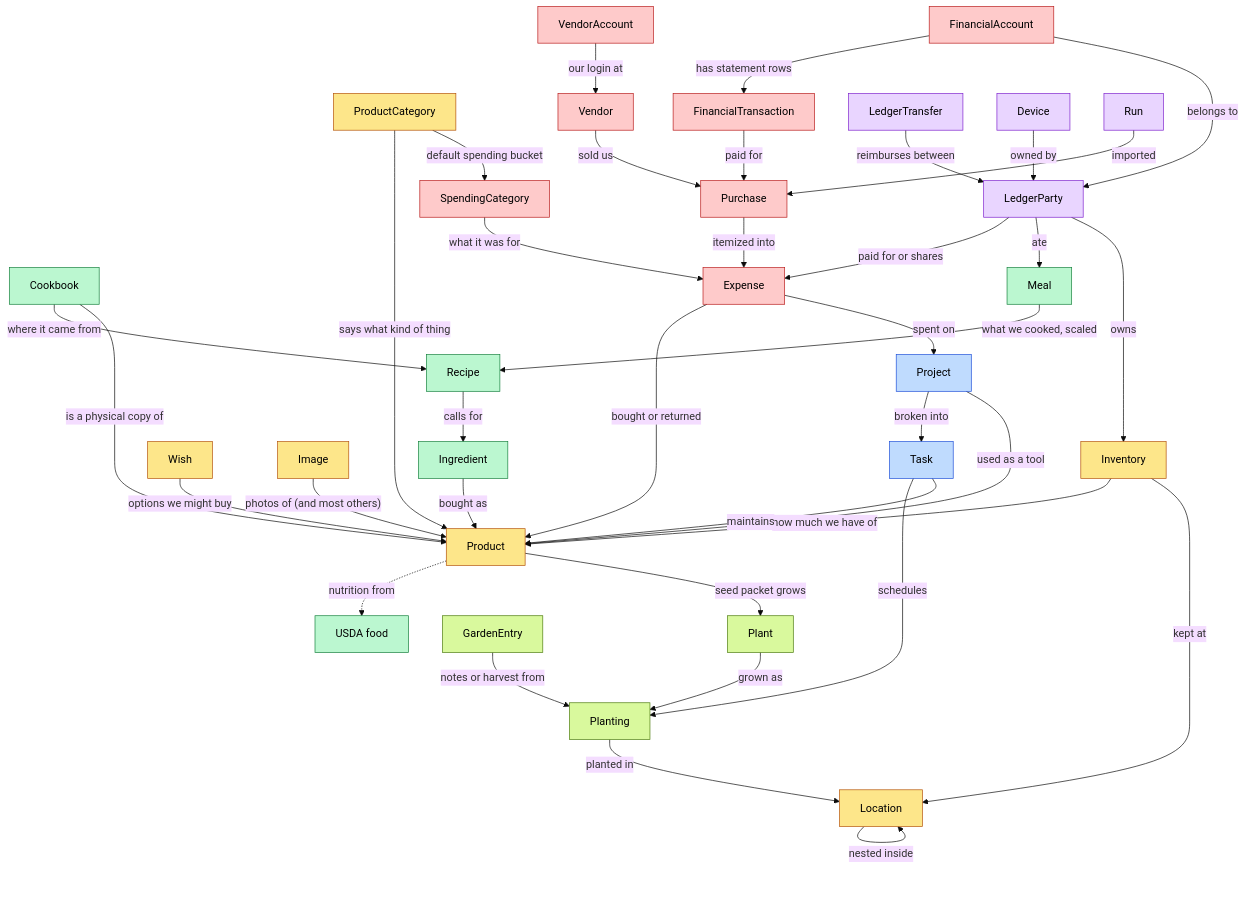
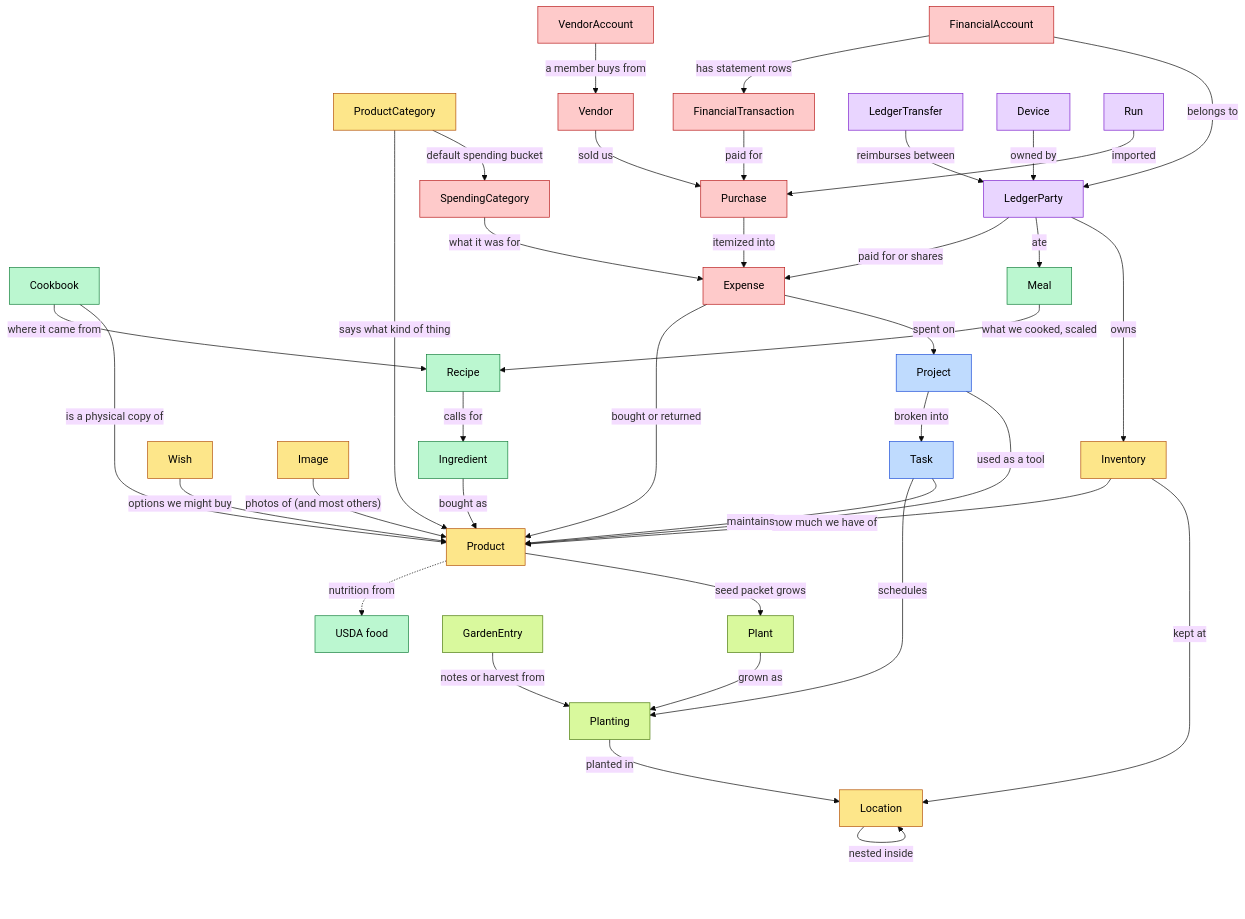
Before and after one commit to nickysemenza/cubby: the first of 3 diagrams in README.md, drawn with Mermaid (base theme). The commit also changed other lines of this file and 23 other files, not shown here.

Commit message:
Track vendor logo gaps and account-scoped purchases

````diff
--- a/README.md
+++ b/README.md
@@ -83,52 +83,52 @@
 ```mermaid
 flowchart TB
   ProductCategory -- "says what kind of thing" --> Product
   Inventory -- "how much we have of" --> Product
   Inventory -- "kept at" --> Location
   Location -- "nested inside" --> Location
   Wish -- "options we might buy" --> Product
   Image -- "photos of (and most others)" --> Product
   Recipe -- "calls for" --> Ingredient
   Cookbook -- "where it came from" --> Recipe
   Meal -- "what we cooked, scaled" --> Recipe
   Plant -- "grown as" --> Planting
   GardenEntry -- "notes or harvest from" --> Planting
   Project -- "broken into" --> Task
   Vendor -- "sold us" --> Purchase
-  VendorAccount -- "our login at" --> Vendor
+  VendorAccount -- "a member buys from" --> Vendor
   Purchase -- "itemized into" --> Expense
   SpendingCategory -- "what it was for" --> Expense
   FinancialAccount -- "has statement rows" --> FinancialTransaction
   FinancialTransaction -- "paid for" --> Purchase
   LedgerTransfer -- "reimburses between" --> LedgerParty
   Device -- "owned by" --> LedgerParty
   Ingredient -- "bought as" --> Product
   Product -. "nutrition from" .-> USDA[USDA food]
   Product -- "seed packet grows" --> Plant
   Cookbook -- "is a physical copy of" --> Product
   ProductCategory -- "default spending bucket" --> SpendingCategory
   Planting -- "planted in" --> Location
   Task -- "schedules" --> Planting
   Project -- "used as a tool" --> Product
   Task -- "maintains" --> Product
   Expense -- "bought or returned" --> Product
   Expense -- "spent on" --> Project
   LedgerParty -- "paid for or shares" --> Expense
   LedgerParty -- "ate" --> Meal
   LedgerParty -- "owns" --> Inventory
   FinancialAccount -- "belongs to" --> LedgerParty
   Run -- "imported" --> Purchase
 
   classDef core fill:#fde68a,stroke:#b45309,color:#000
   classDef food fill:#bbf7d0,stroke:#15803d,color:#000
   classDef garden fill:#d9f99d,stroke:#4d7c0f,color:#000
   classDef work fill:#bfdbfe,stroke:#1d4ed8,color:#000
   classDef money fill:#fecaca,stroke:#b91c1c,color:#000
   classDef people fill:#e9d5ff,stroke:#7e22ce,color:#000
   class Product,ProductCategory,Inventory,Location,Wish,Image core
   class Ingredient,Recipe,Cookbook,Meal,USDA food
   class Plant,Planting,GardenEntry garden
   class Project,Task work
   class Vendor,VendorAccount,Purchase,Expense,SpendingCategory,FinancialAccount,FinancialTransaction money
   class LedgerParty,LedgerTransfer,Device,Run people
 ```
````
